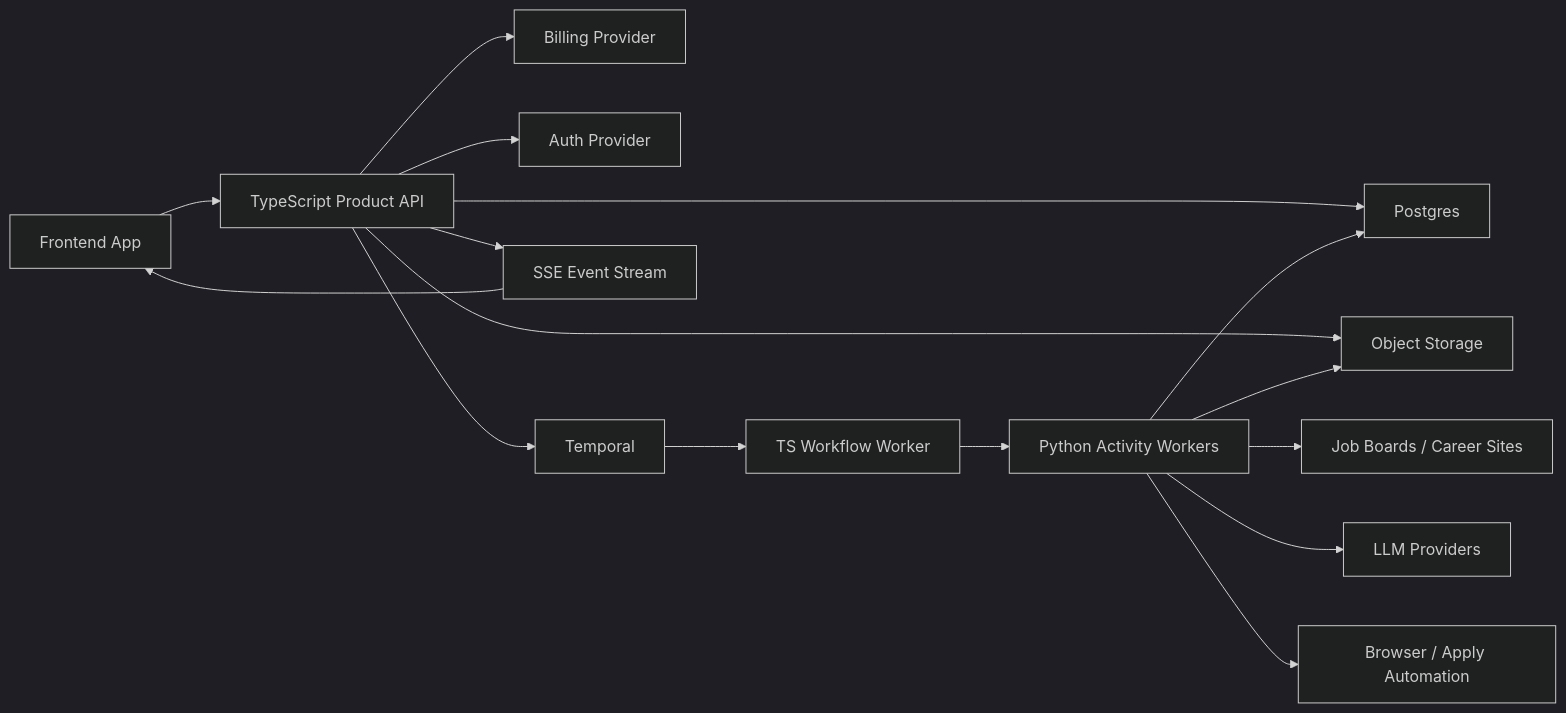
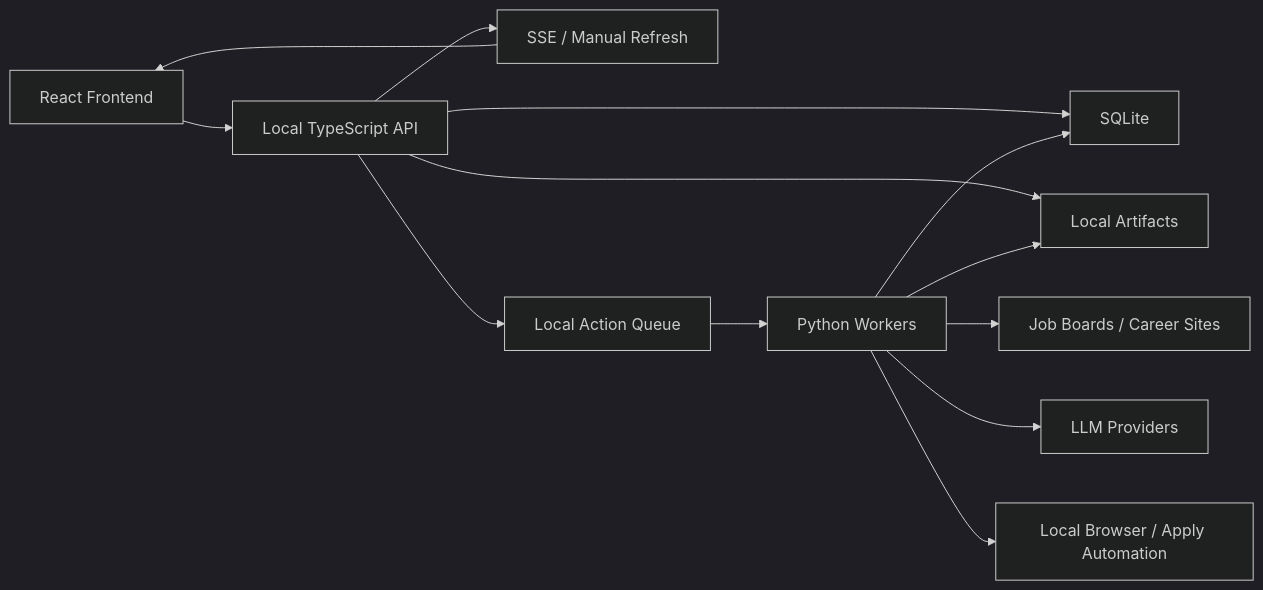
Before and after one commit to ebarti/JobCtrl: the diagram in docs/ts-product-api-python-workers-architecture.md, drawn with Mermaid (dark theme). The commit also changed other lines of this file, not shown here.

Commit message:
docs: focus architecture plan on local validation

````diff
--- a/docs/ts-product-api-python-workers-architecture.md
+++ b/docs/ts-product-api-python-workers-architecture.md
@@ -414,21 +341,16 @@
 ```mermaid
 flowchart LR
-  Web["Frontend App"] --> API["TypeScript Product API"]
-  API --> PG["Postgres"]
-  API --> Objects["Object Storage"]
-  API --> Billing["Billing Provider"]
-  API --> Auth["Auth Provider"]
-  API --> Temporal["Temporal"]
+  Web["React Frontend"] --> API["Local TypeScript API"]
+  API --> DB["SQLite"]
+  API --> Files["Local Artifacts"]
+  API --> Events["SSE / Manual Refresh"]
+  Events --> Web
 
-  Temporal --> Orchestrator["TS Workflow Worker"]
-  Orchestrator --> PyWorkers["Python Activity Workers"]
-
-  PyWorkers --> JobSites["Job Boards / Career Sites"]
-  PyWorkers --> LLMs["LLM Providers"]
-  PyWorkers --> Browser["Browser / Apply Automation"]
-  PyWorkers --> Objects
-  PyWorkers --> PG
-
-  API --> Events["SSE Event Stream"]
-  Events --> Web
+  API --> Actions["Local Action Queue"]
+  Actions --> Py["Python Workers"]
+  Py --> DB
+  Py --> Files
+  Py --> Sites["Job Boards / Career Sites"]
+  Py --> LLM["LLM Providers"]
+  Py --> Browser["Local Browser / Apply Automation"]
 ```
````
